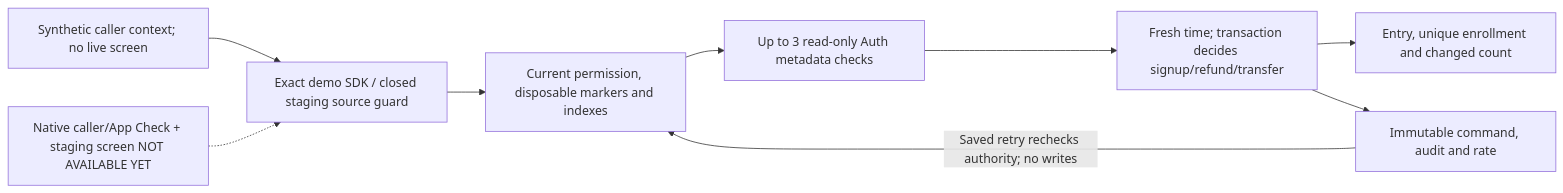
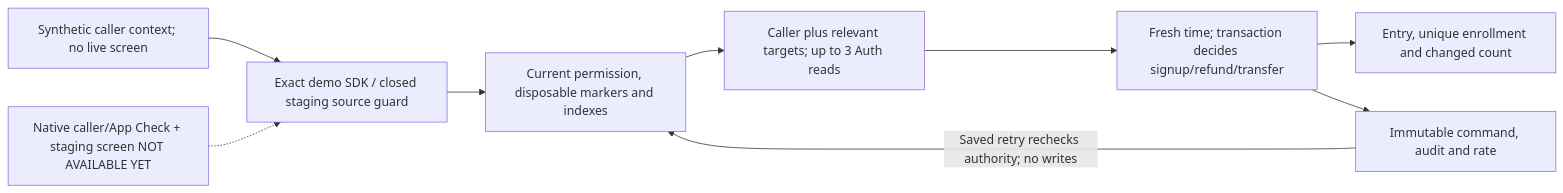
The first of 19 diagrams in docs/officers/SYSTEM_MAPS.md (Run-MPRC/Run-MPRC.github.io), drawn with Mermaid before and after one commit. The commit also changed other lines of this file and 5 other files, not shown here.

````diff
--- a/docs/officers/SYSTEM_MAPS.md
+++ b/docs/officers/SYSTEM_MAPS.md
@@ -7,11 +7,11 @@
 ```mermaid
 flowchart LR
     Test["Synthetic caller context; no live screen"] --> Service["Exact demo SDK / closed staging source guard"]
     Service --> Grant["Current permission, disposable markers and indexes"]
-    Grant --> Auth["Up to 3 read-only Auth metadata checks"]
+    Grant --> Auth["Caller plus relevant targets; up to 3 Auth reads"]
     Auth --> Tx["Fresh time; transaction decides signup/refund/transfer"]
     Tx --> State["Entry, unique enrollment and changed count"]
     Tx --> Receipt["Immutable command, audit and rate"]
     Receipt -- "Saved retry rechecks authority; no writes" --> Grant
     Future["Native caller/App Check + staging screen NOT AVAILABLE YET"] -.-> Service
 ```
````
